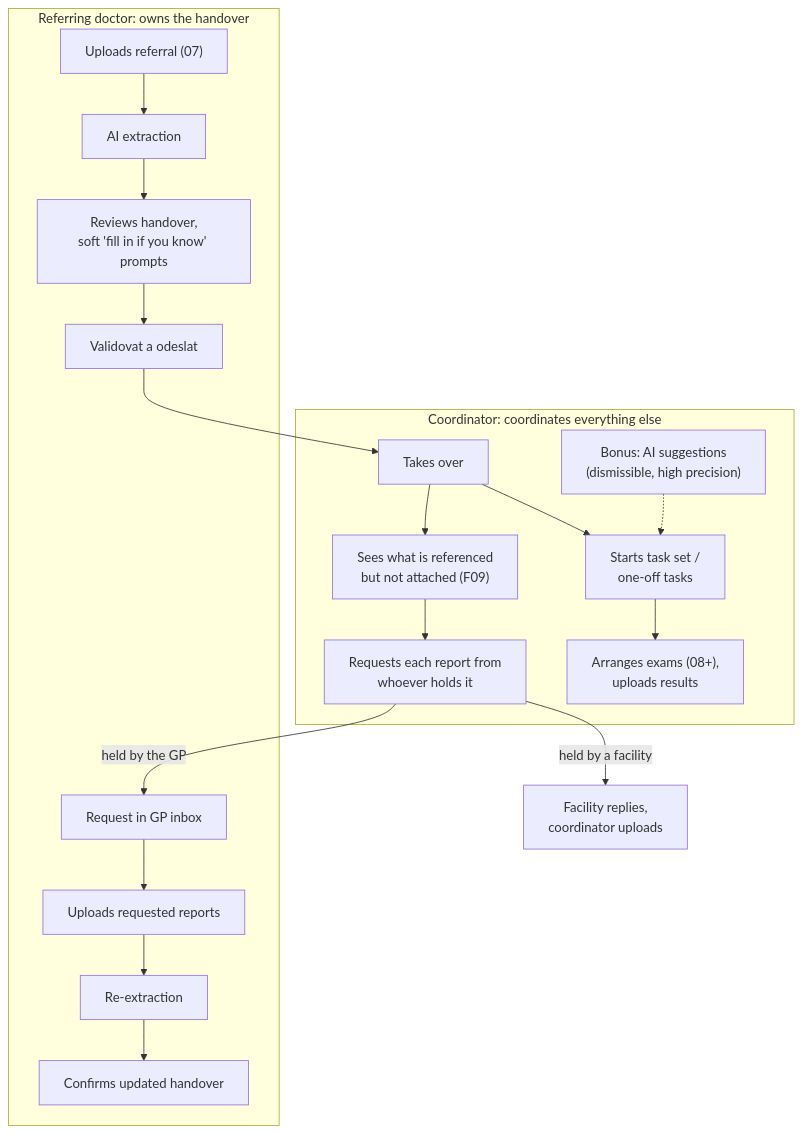
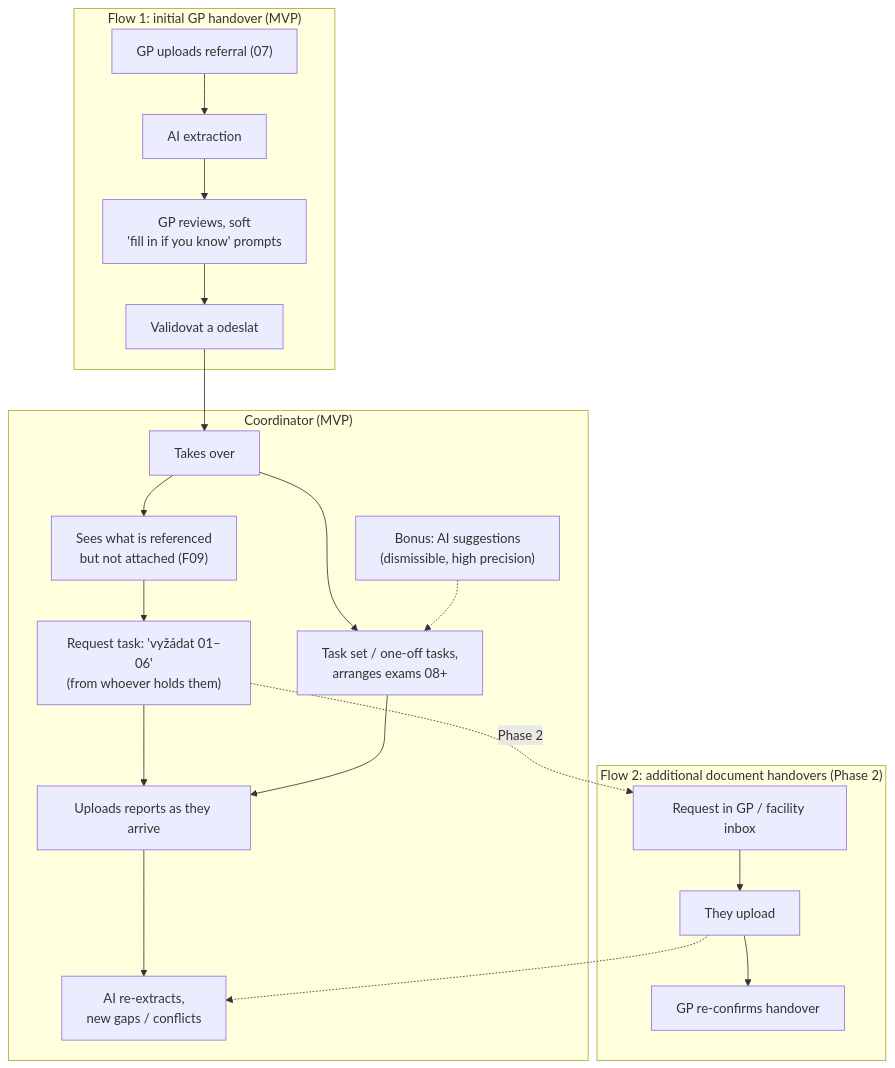
One commit to darkmackov/AI-Rackathon2026-Nessio changed the third of 3 diagrams in docs/product.md. Above: the diagram before and after it, drawn with Mermaid. The commit also changed other lines of this file and 46 other files, not shown here.

````diff
--- a/docs/product.md
+++ b/docs/product.md
@@ -138,20 +146,23 @@
 ```mermaid
 flowchart TD
-  subgraph gp["Referring doctor: owns the handover"]
-    up["Uploads referral (07)"] --> ext["AI extraction"]
-    ext --> rev["Reviews handover,<br/>soft 'fill in if you know' prompts"]
+  subgraph f1["Flow 1: initial GP handover (MVP)"]
+    up["GP uploads referral (07)"] --> ext["AI extraction"]
+    ext --> rev["GP reviews, soft<br/>'fill in if you know' prompts"]
     rev --> send["Validovat a odeslat"]
-    inbox["Request in GP inbox"] --> supply["Uploads requested reports"]
-    supply --> ext2["Re-extraction"] --> confirm["Confirms updated handover"]
   end
-  subgraph koc["Coordinator: coordinates everything else"]
+  subgraph koc["Coordinator (MVP)"]
     take["Takes over"] --> detect["Sees what is referenced<br/>but not attached (F09)"]
-    detect --> req["Requests each report from<br/>whoever holds it"]
-    take --> plan["Starts task set /<br/>one-off tasks"]
-    plan --> arrange["Arranges exams (08+),<br/>uploads results"]
+    detect --> task["Request task: 'vyžádat 01–06'<br/>(from whoever holds them)"]
+    take --> plan["Task set / one-off tasks,<br/>arranges exams 08+"]
+    task --> upl["Uploads reports as they arrive"]
+    plan --> upl
+    upl --> re["AI re-extracts,<br/>new gaps / conflicts"]
     sugg["Bonus: AI suggestions<br/>(dismissible, high precision)"] -.-> plan
   end
+  subgraph f2["Flow 2: additional document handovers (Phase 2)"]
+    inbox["Request in GP / facility inbox"] --> supply["They upload"] --> reconf["GP re-confirms handover"]
+  end
   send --> take
-  req -->|"held by the GP"| inbox
-  req -->|"held by a facility"| fac["Facility replies,<br/>coordinator uploads"]
+  task -.->|"Phase 2"| inbox
+  supply -.-> re
 ```
````
